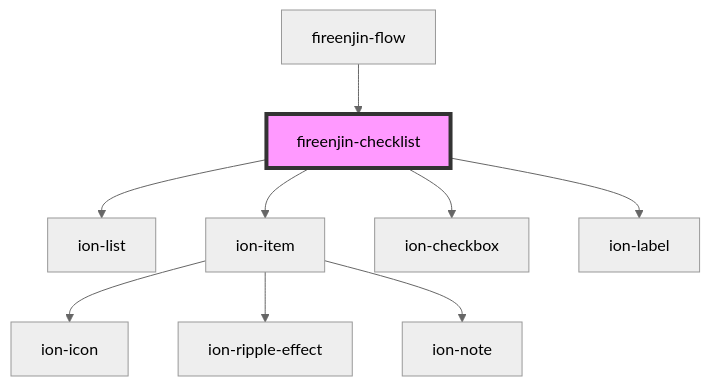
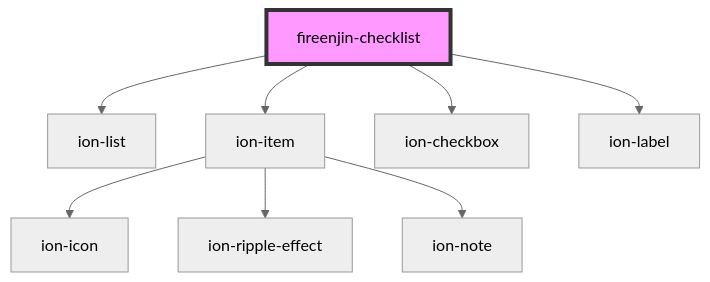
Before and after one commit to FireEnjin/Components: the diagram in src/components/checklist/readme.md, drawn with Mermaid (neutral theme). The commit also changed other lines of this file and 18 other files, not shown here.

````diff
--- a/src/components/checklist/readme.md
+++ b/src/components/checklist/readme.md
@@ -39,12 +35,11 @@
 ```mermaid
 graph TD;
   fireenjin-checklist --> ion-list
   fireenjin-checklist --> ion-item
   fireenjin-checklist --> ion-checkbox
   fireenjin-checklist --> ion-label
   ion-item --> ion-icon
   ion-item --> ion-ripple-effect
   ion-item --> ion-note
-  fireenjin-flow --> fireenjin-checklist
   style fireenjin-checklist fill:#f9f,stroke:#333,stroke-width:4px
 ```
````
